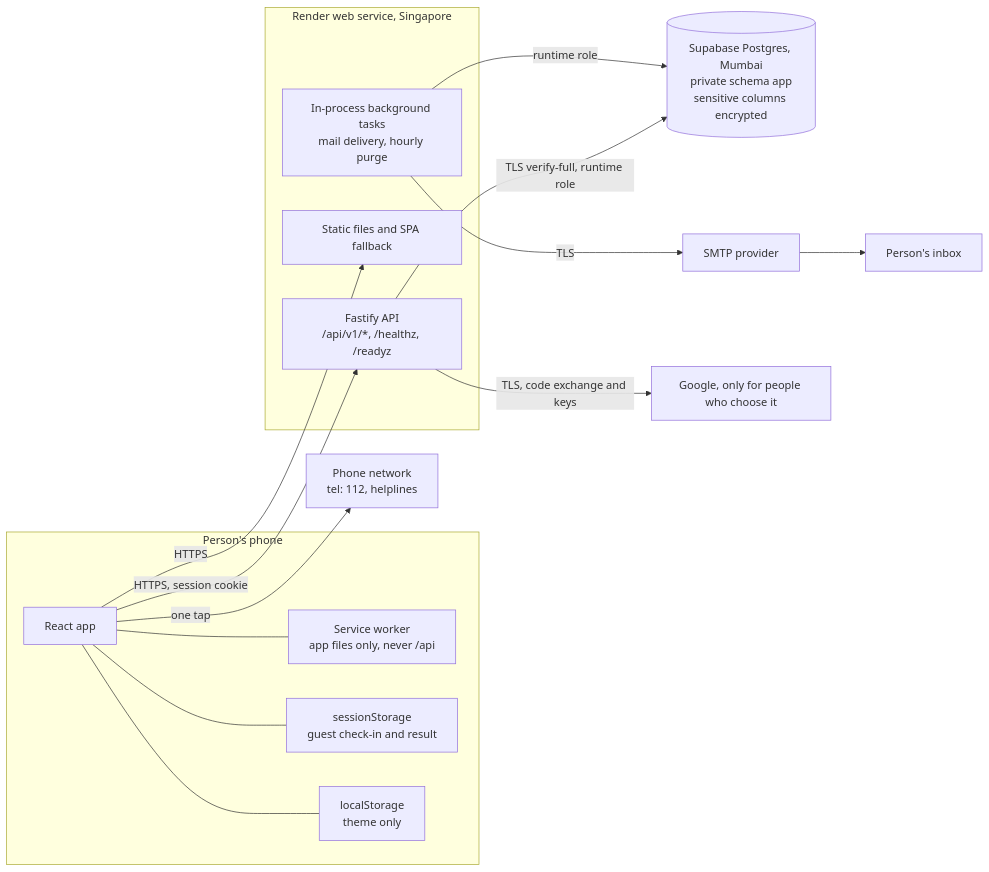
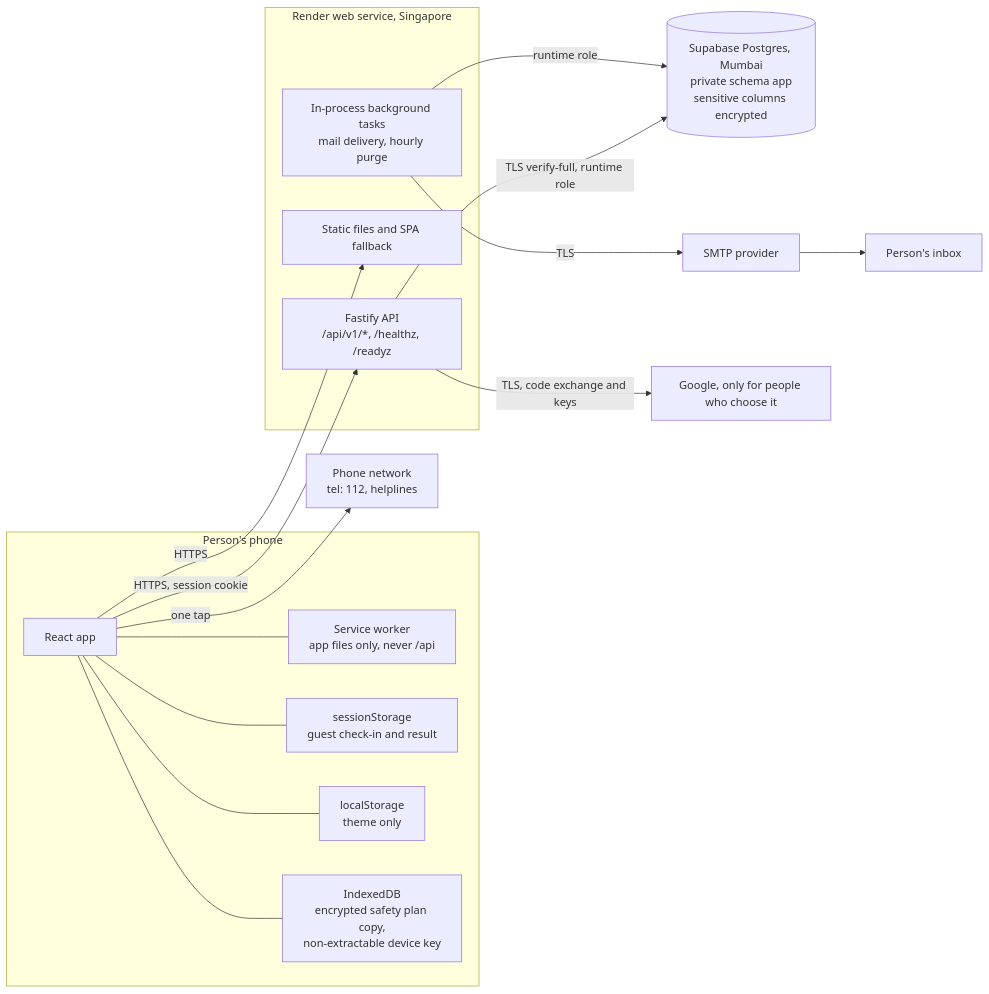
The first of 4 diagrams in docs/ARCHITECTURE.md (gypk555/anxiety), drawn with Mermaid before and after one commit. The commit also changed other lines of this file and 101 other files, not shown here.

First line of the commit message:
feat(tracking): add daily mood log and safety plan tracking features

````diff
--- a/docs/ARCHITECTURE.md
+++ b/docs/ARCHITECTURE.md
@@ -9,32 +9,34 @@
 ```mermaid
 flowchart LR
   subgraph phone["Person's phone"]
     SPA["React app"]
     SW["Service worker<br/>app files only, never /api"]
     SS["sessionStorage<br/>guest check-in and result"]
     LS["localStorage<br/>theme only"]
+    IDB["IndexedDB<br/>encrypted safety plan copy,<br/>non-extractable device key"]
     SPA --- SW
     SPA --- SS
     SPA --- LS
+    SPA --- IDB
   end
 
   subgraph render["Render web service, Singapore"]
     API["Fastify API<br/>/api/v1/*, /healthz, /readyz"]
     STATIC["Static files and SPA fallback"]
     BG["In-process background tasks<br/>mail delivery, hourly purge"]
   end
 
   DB[("Supabase Postgres, Mumbai<br/>private schema app<br/>sensitive columns encrypted")]
   SMTP["SMTP provider"]
   GOOGLE["Google, only for people who choose it"]
   INBOX["Person's inbox"]
   HELP["Phone network<br/>tel: 112, helplines"]
 
   SPA -- "HTTPS, session cookie" --> API
   SPA -- "HTTPS" --> STATIC
   API -- "TLS verify-full, runtime role" --> DB
   BG -- "runtime role" --> DB
   BG -- "TLS" --> SMTP --> INBOX
   SPA -- "one tap" --> HELP
   API -- "TLS, code exchange and keys" --> GOOGLE
 ```
````
